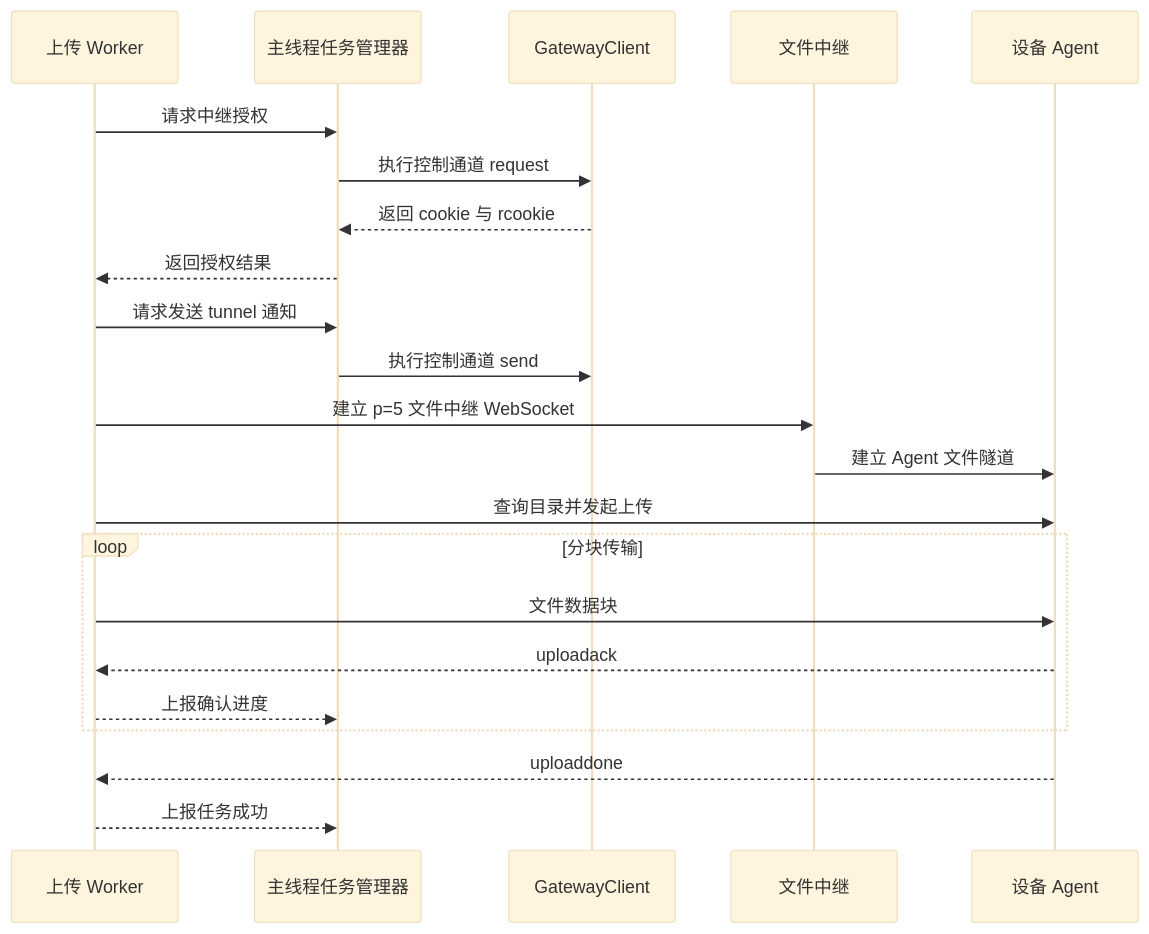
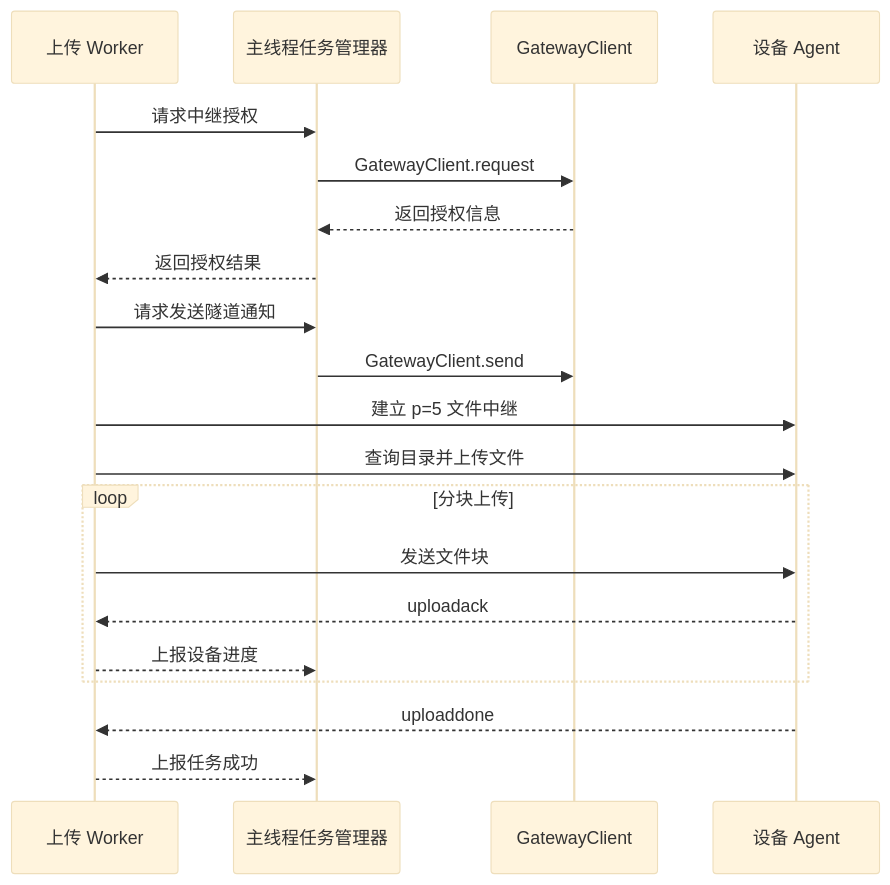
Before and after one commit to XiaoLop/nodexa-rmm: the second of 2 diagrams in docs/plan/batch-file-upload.md, drawn with Mermaid (base theme). The commit also changed other lines of this file and 16 other files, not shown here.

````diff
--- a/docs/plan/batch-file-upload.md
+++ b/docs/plan/batch-file-upload.md
@@ -278,25 +200,23 @@
 ```mermaid
 sequenceDiagram
     participant W as 上传 Worker
     participant M as 主线程任务管理器
     participant G as GatewayClient
-    participant R as 文件中继
     participant A as 设备 Agent
 
     W->>M: 请求中继授权
-    M->>G: 执行控制通道 request
-    G-->>M: 返回 cookie 与 rcookie
+    M->>G: GatewayClient.request
+    G-->>M: 返回授权信息
     M-->>W: 返回授权结果
-    W->>M: 请求发送 tunnel 通知
-    M->>G: 执行控制通道 send
-    W->>R: 建立 p=5 文件中继 WebSocket
-    R->>A: 建立 Agent 文件隧道
-    W->>A: 查询目录并发起上传
-    loop 分块传输
-        W->>A: 文件数据块
+    W->>M: 请求发送隧道通知
+    M->>G: GatewayClient.send
+    W->>A: 建立 p=5 文件中继
+    W->>A: 查询目录并上传文件
+    loop 分块上传
+        W->>A: 发送文件块
         A-->>W: uploadack
-        W-->>M: 上报确认进度
+        W-->>M: 上报设备进度
     end
     A-->>W: uploaddone
     W-->>M: 上报任务成功
 ```
````
